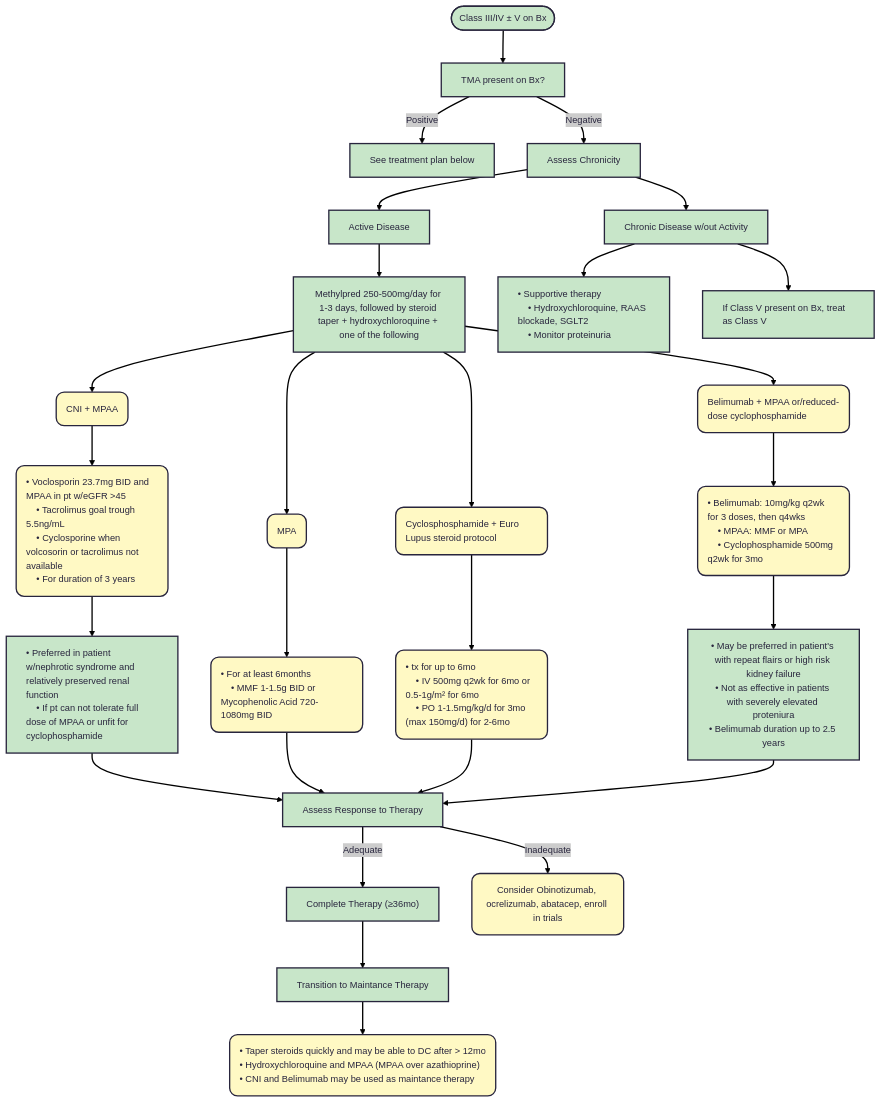
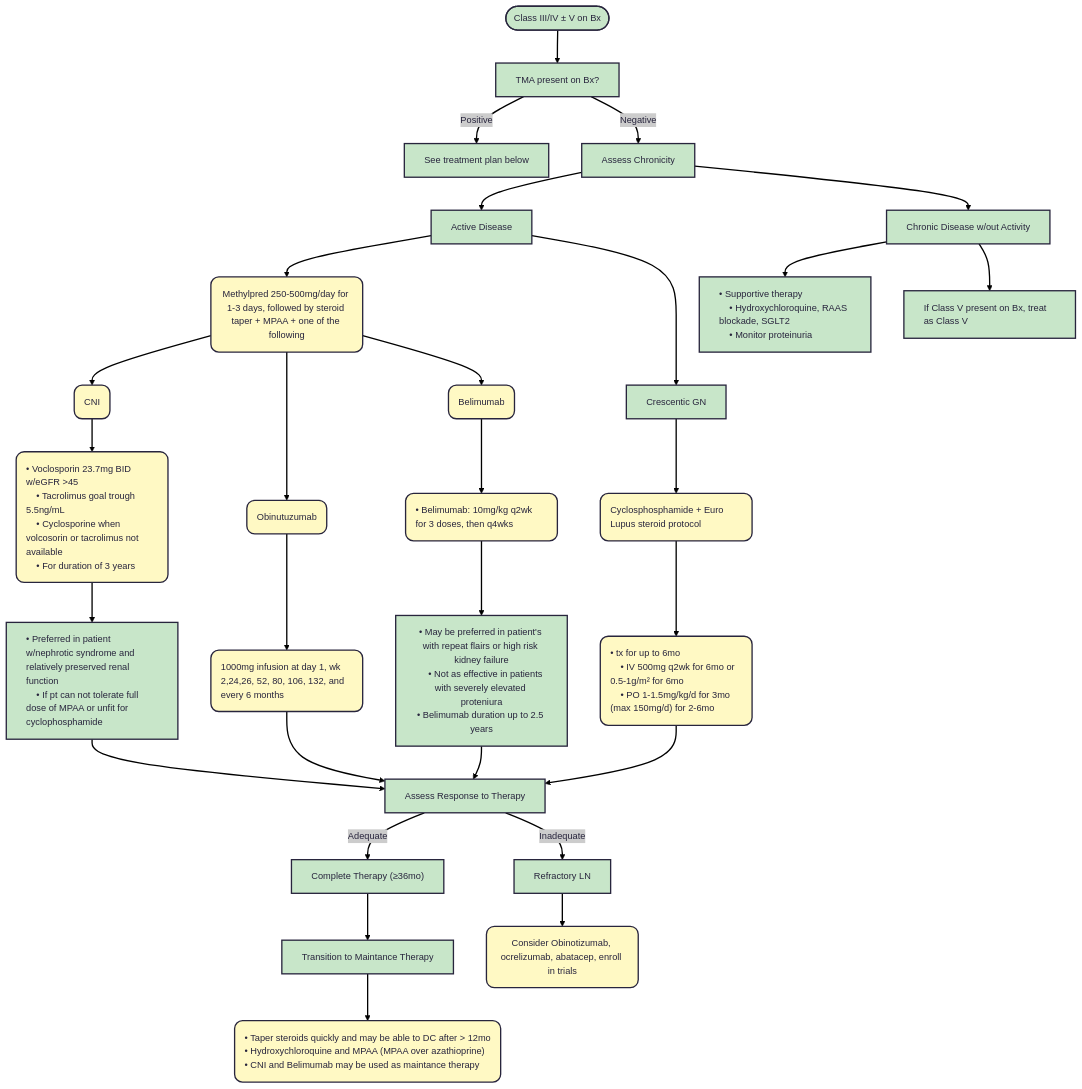
One commit to TTUNEPH2025/GN changed the second of 4 diagrams in docs/Lupus.md. Above: the diagram before and after it, drawn with Mermaid.

````diff
--- a/docs/Lupus.md
+++ b/docs/Lupus.md
@@ -133,75 +133,80 @@
 ```mermaid
 ---
 config:
   theme: redux
 ---
 flowchart TB
     A(["Class III/IV ± V on Bx"]) --> n1["TMA present on Bx?"]
     n1 -- Positive --> n2["See treatment plan below"]
     n1 -- Negative --> n3["Assess Chronicity"]
     n3 --> n4["Active Disease"] & n5["Chronic Disease w/out Activity"]
-    n4 --> n6["Methylpred 250-500mg/day for 1-3 days, followed by steroid taper + hydroxychloroquine + one of the following"]
+    n4 --> n6["Methylpred 250-500mg/day for 1-3 days, followed by steroid taper + MPAA + one of the following"] & n24["Crescentic GN"]
     n5 --> n7["• Supportive therapy 
     • Hydroxychloroquine, RAAS blockade, SGLT2
     • Monitor proteinuria"] & n8["If Class V present on Bx, treat as Class V"]
-    n6 --> n9["CNI + MPAA"] & n10["MPA"] & n11["Cyclosphosphamide + Euro Lupus steroid protocol"] & n12["Belimumab + MPAA or/reduced-dose cyclophosphamide"]
-    n9 --> n13["• Voclosporin 23.7mg BID and MPAA in pt w/eGFR &gt;45
+    n6 --> n9["CNI"] & n10["Obinutuzumab"] & n12["Belimumab"]
+    n9 --> n13["• Voclosporin 23.7mg BID w/eGFR &gt;45
     • Tacrolimus goal trough 5.5ng/mL 
     • Cyclosporine when volcosorin or tacrolimus not available
     • For duration of 3 years"]
-    n10 --> n14["• For at least 6months
-    • MMF 1-1.5g BID or Mycophenolic Acid 720-1080mg BID"]
-    n11 --> n15["• tx for up to 6mo
+    n10 --> n14["1000mg infusion at day 1, wk 2,24,26, 52, 80, 106, 132, and every 6 months"]
+    n11["Cyclosphosphamide + Euro Lupus steroid protocol"] --> n15["• tx for up to 6mo
     • IV 500mg q2wk for 6mo or 0.5-1g/m² for 6mo
     • PO 1-1.5mg/kg/d for 3mo (max 150mg/d) for 2-6mo"]
-    n12 --> n16["• Belimumab: 10mg/kg q2wk for 3 doses, then q4wks
-    • MPAA: MMF or MPA
-    • Cyclophosphamide 500mg q2wk for 3mo"]
+    n12 --> n16["• Belimumab: 10mg/kg q2wk for 3 doses, then q4wks"]
     n13 --> n17["• Preferred in patient w/nephrotic syndrome and relatively preserved renal function
     • If pt can not tolerate full dose of MPAA or unfit for cyclophosphamide"]
-    n16 --> n18@{ label: "• May be preferred in patient's with repeat flairs or high risk kidney failure\n    • Not as effective in patients with severely elevated proteniura<br/>• Belimumab duration up to 2.5 years" }
+    n16 --> n18@{ label: "• May be preferred in patient's with repeat flairs or high risk kidney failure<br/>    • Not as effective in patients with severely elevated proteniura<br/>• Belimumab duration up to 2.5 years" }
     n17 --> n19["Assess Response to Therapy"]
-    n14 --> n19
     n15 --> n19
     n18 --> n19
     n19 -- Adequate --> n20["Complete Therapy (≥36mo)"]
-    n19 -- Inadequate --> n21["Consider Obinotizumab, ocrelizumab, abatacep, enroll in trials"]
+    n19 -- Inadequate --> n21["Refractory LN"]
     n20 --> n22["Transition to Maintance Therapy"]
     n22 --> n23["• Taper steroids quickly and may be able to DC after > 12mo
     • Hydroxychloroquine and MPAA (MPAA over azathioprine)
     • CNI and Belimumab may be used as maintance therapy"]
+    n24 --> n11
+    n14 --> n19
+    n21 --> n25["Consider Obinotizumab, ocrelizumab, abatacep, enroll in trials"]
+
+    n6@{ shape: rounded}
+    n24@{ shape: rect}
     n9@{ shape: rounded}
     n10@{ shape: rounded}
-    n11@{ shape: rounded}
     n12@{ shape: rounded}
     n13@{ shape: rounded}
     n14@{ shape: rounded}
+    n11@{ shape: rounded}
     n15@{ shape: rounded}
     n16@{ shape: rounded}
-    n21@{ shape: rounded}
+    n21@{ shape: rect}
     n23@{ shape: rounded}
+    n25@{ shape: rounded}
     style A fill:#C8E6C9
     style n1 fill:#C8E6C9
     style n2 fill:#C8E6C9
     style n3 fill:#C8E6C9
     style n4 fill:#C8E6C9
     style n5 fill:#C8E6C9
-    style n6 fill:#C8E6C9
+    style n6 fill:#FFF9C4
+    style n24 fill:#C8E6C9
     style n7 fill:#C8E6C9,text-align:left
     style n8 fill:#C8E6C9,text-align:left
     style n9 fill:#FFF9C4,text-align:left
     style n10 fill:#FFF9C4,text-align:left
-    style n11 fill:#FFF9C4,text-align:left
     style n12 fill:#FFF9C4,text-align:left
     style n13 fill:#FFF9C4,text-align:left
     style n14 fill:#FFF9C4,text-align:left
+    style n11 fill:#FFF9C4,text-align:left
     style n15 fill:#FFF9C4,text-align:left
     style n16 fill:#FFF9C4,text-align:left
     style n17 fill:#C8E6C9,text-align:left
     style n18 fill:#C8E6C9
     style n19 fill:#C8E6C9
     style n20 fill:#C8E6C9
-    style n21 fill:#FFF9C4
+    style n21 fill:#C8E6C9
     style n22 fill:#C8E6C9,text-align:left,white-space:nowrap
     style n23 fill:#FFF9C4,text-align:left,white-space:nowrap
+    style n25 fill:#FFF9C4
 ```
````
